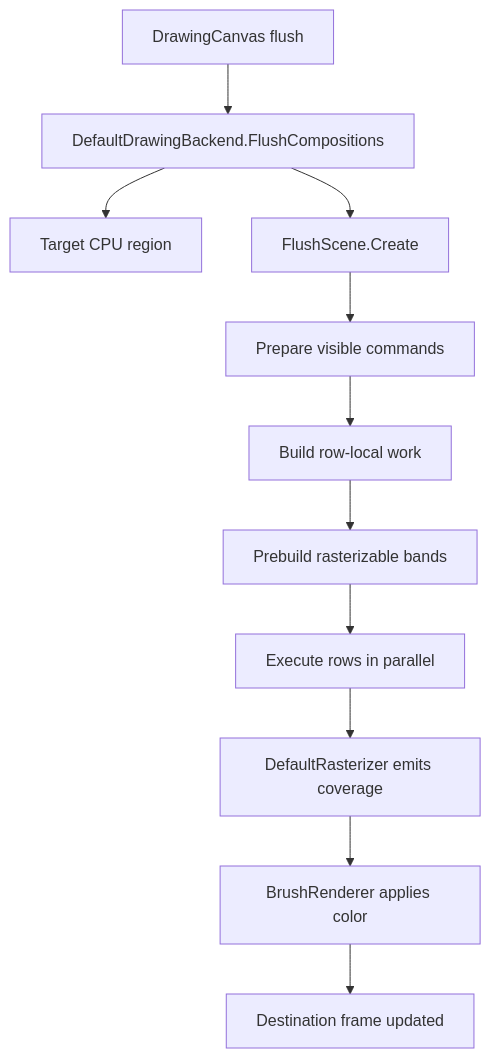
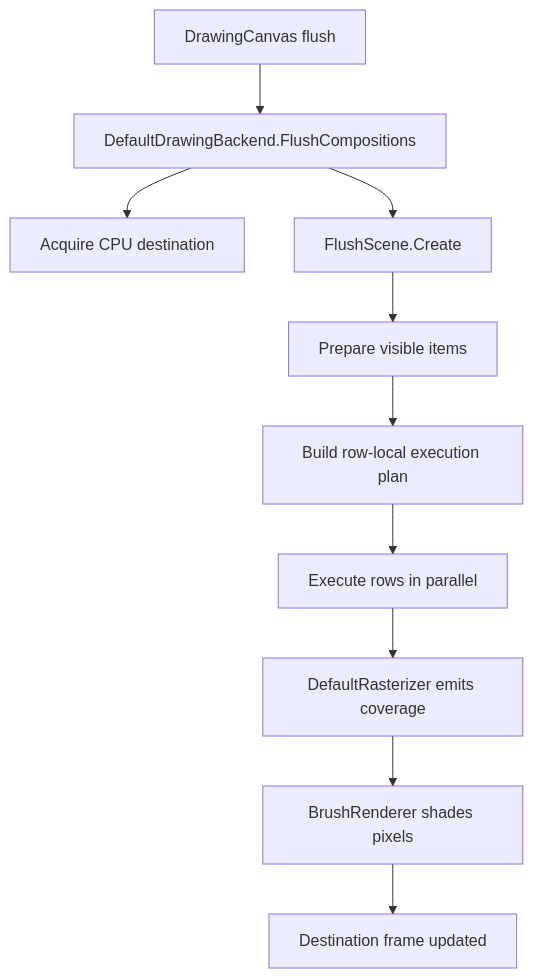
The first of 4 diagrams in src/ImageSharp.Drawing/Processing/Backends/DEFAULT_DRAWING_BACKEND.md (SixLabors/ImageSharp.Drawing), drawn with Mermaid before and after one commit. The commit also changed other lines of this file and 6 other files, not shown here.

````diff
--- a/src/ImageSharp.Drawing/Processing/Backends/DEFAULT_DRAWING_BACKEND.md
+++ b/src/ImageSharp.Drawing/Processing/Backends/DEFAULT_DRAWING_BACKEND.md
@@ -39,13 +130,12 @@
 ```mermaid
 flowchart TD
     A[DrawingCanvas flush] --> B[DefaultDrawingBackend.FlushCompositions]
-    B --> C[Target CPU region]
+    B --> C[Acquire CPU destination]
     B --> D[FlushScene.Create]
-    D --> E[Prepare visible commands]
-    E --> F[Build row-local work]
-    F --> G[Prebuild rasterizable bands]
-    G --> H[Execute rows in parallel]
-    H --> I[DefaultRasterizer emits coverage]
-    I --> J[BrushRenderer applies color]
-    J --> K[Destination frame updated]
+    D --> E[Prepare visible items]
+    E --> F[Build row-local execution plan]
+    F --> G[Execute rows in parallel]
+    G --> H[DefaultRasterizer emits coverage]
+    H --> I[BrushRenderer shades pixels]
+    I --> J[Destination frame updated]
 ```
````
